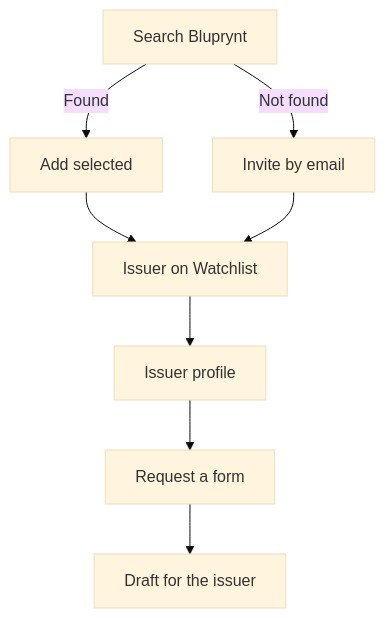
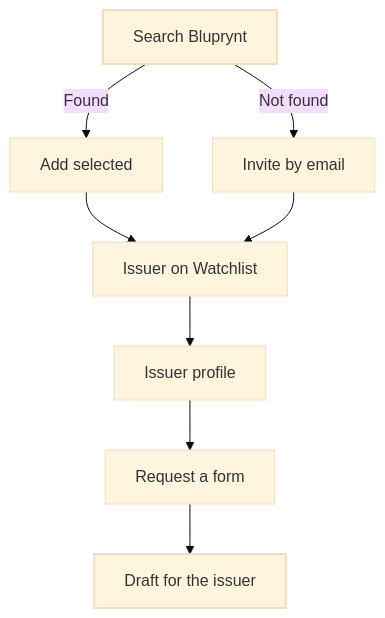
One commit to blupryntco/docs changed the diagram in proof/watchlist-issuers.mdx. Above: the diagram before and after it, drawn with Mermaid (base theme). The commit also changed 54 other files, not shown here.

Commit message:
Diagrams in site palette with dark mode; Developers overview for SDK + both APIs

````diff
--- a/proof/watchlist-issuers.mdx
+++ b/proof/watchlist-issuers.mdx
@@ -19,10 +19,14 @@
 ```mermaid
 flowchart TD
   A[Search Bluprynt] -->|Found| B[Add selected]
   A -->|Not found| C[Invite by email]
   B --> D[Issuer on Watchlist]
   C --> D
   D --> E[Issuer profile]
   E --> F[Request a form]
   F --> G[Draft for the issuer]
+classDef start stroke-width:2px
+classDef done stroke-width:2px
+class A start
+class G done
 ```
````
